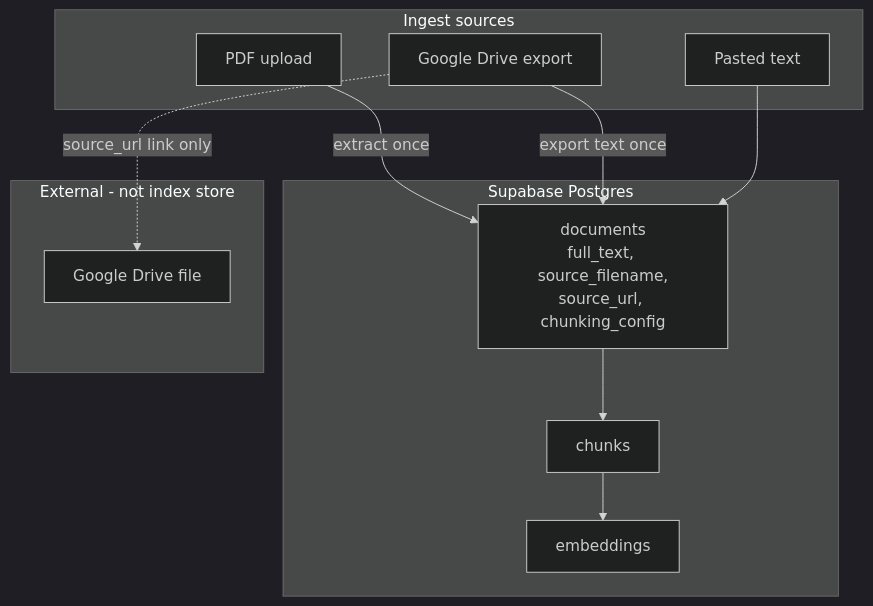
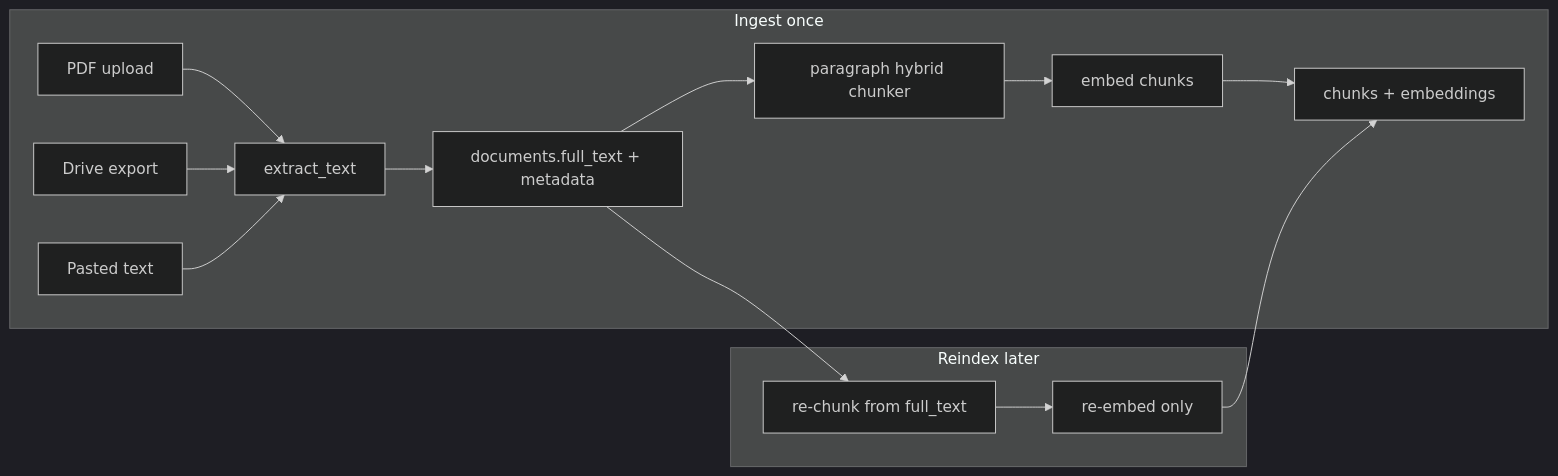
One commit to rclarke009/verbiage changed the diagram in .cursor/plans/chunking_and_reindex_foundation_7b62def8.plan.md. Above: the diagram before and after it, drawn with Mermaid (dark theme). The commit also changed other lines of this file and 29 other files, not shown here.

````diff
--- a/.cursor/plans/chunking_and_reindex_foundation_7b62def8.plan.md
+++ b/.cursor/plans/chunking_and_reindex_foundation_7b62def8.plan.md
@@ -51,21 +43,17 @@
 ```mermaid
-flowchart TB
-  subgraph sources [Ingest sources]
-    PDF[PDF upload]
-    Drive[Google Drive export]
-    Paste[Pasted text]
+flowchart LR
+  subgraph ingest [Ingest once]
+    PDF[PDF upload] --> Extract[extract_text]
+    Drive[Drive export] --> Extract
+    Paste[Pasted text] --> Extract
+    Extract --> SaveDoc["documents.full_text + metadata"]
+    SaveDoc --> Chunk[paragraph hybrid chunker]
+    Chunk --> Embed[embed chunks]
+    Embed --> Store["chunks + embeddings"]
   end
-  subgraph supabase [Supabase Postgres]
-    DocRow["documents\nfull_text, source_filename,\nsource_url, chunking_config"]
-    Chunks[chunks]
-    Embeds[embeddings]
+  subgraph reindex [Reindex later]
+    SaveDoc --> ReChunk[re-chunk from full_text]
+    ReChunk --> ReEmbed[re-embed only]
+    ReEmbed --> Store
   end
-  subgraph external [External - not index store]
-    GDrive[Google Drive file]
-  end
-  PDF -->|extract once| DocRow
-  Drive -->|export text once| DocRow
-  Paste --> DocRow
-  DocRow --> Chunks --> Embeds
-  Drive -.->|source_url link only| GDrive
 ```
````
